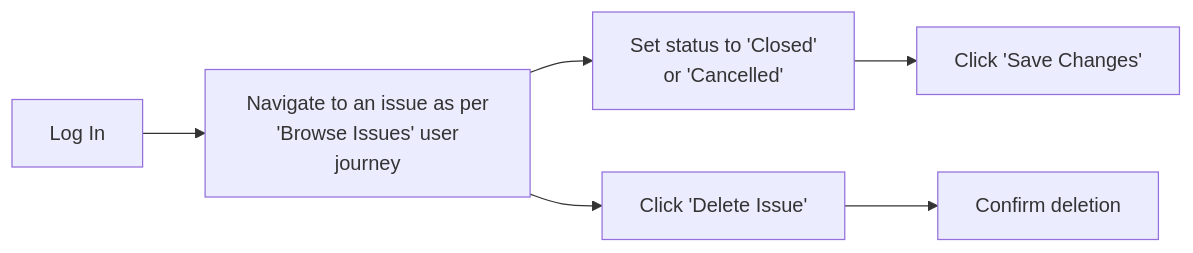
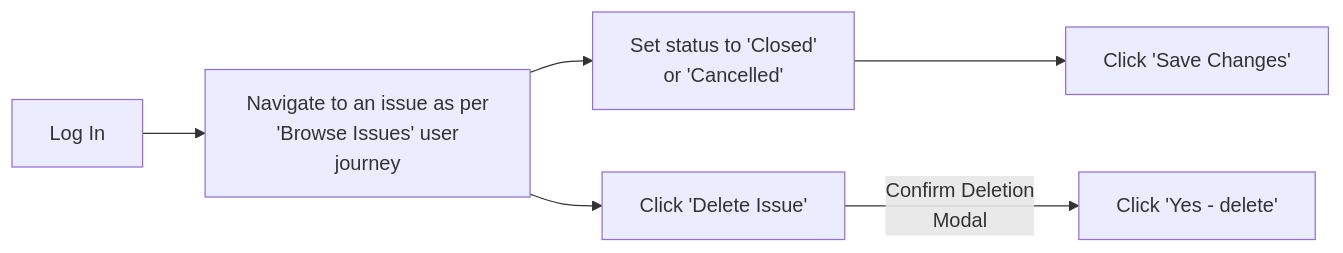
One commit to EvitaKnits/hitch-hound changed the fifth of 10 diagrams in README.md. Above: the diagram before and after it, drawn with Mermaid. The commit also changed other lines of this file, not shown here.

Commit message:
Tweak user journey diagrams for accuracy

````diff
--- a/README.md
+++ b/README.md
@@ -139,8 +147,8 @@
 ```mermaid
 flowchart LR
     A[Log In] --> B[Navigate to an issue as per\n 'Browse Issues' user journey]
     B --> C[Set status to 'Closed'\n or 'Cancelled']
     B --> E[Click 'Delete Issue']
-    E --> F[Confirm deletion]
+    E --> |Confirm Deletion \n Modal|F[Click 'Yes - delete']
     C --> D[Click 'Save Changes']
 ```
````
